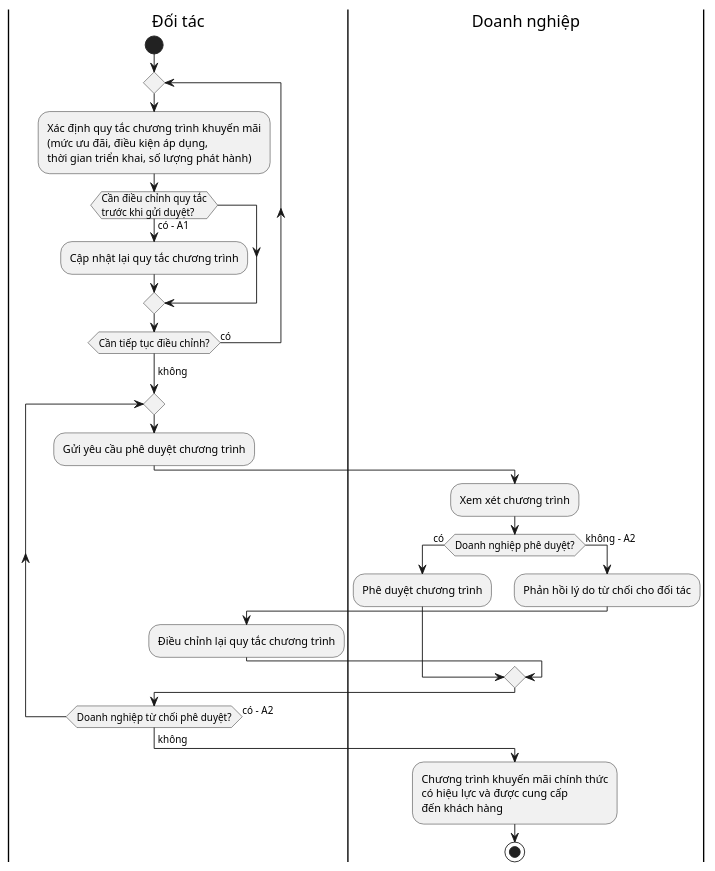
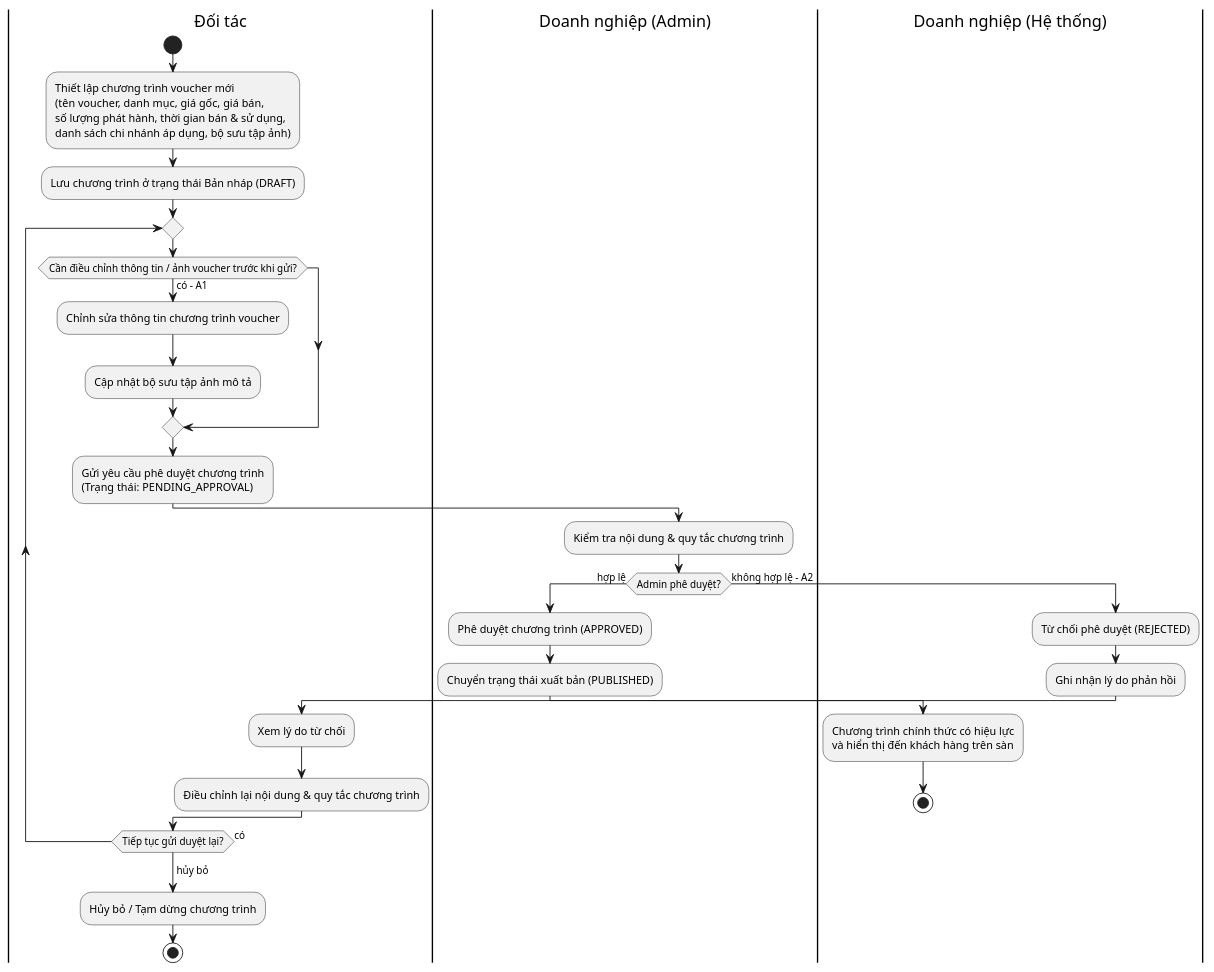
The diagram in doc/activity/doitac/BUC02_trien_khai_chuong_trinh_voucher.wsd (Ngo-The-Dat/e-voucher-system), drawn with PlantUML before and after one commit. The commit also changed 4 other files, not shown here.

Commit message:
feat: update use case diagrams for partner management and voucher system, enhancing detail and clarity

```diff
--- a/doc/activity/doitac/BUC02_trien_khai_chuong_trinh_voucher.wsd
+++ b/doc/activity/doitac/BUC02_trien_khai_chuong_trinh_voucher.wsd
@@ -1,39 +1,44 @@
 @startuml
 |Đối tác|
 start
 
-repeat
-  :Xác định quy tắc chương trình khuyến mãi
-  (mức ưu đãi, điều kiện áp dụng,
-  thời gian triển khai, số lượng phát hành);
+:Thiết lập chương trình voucher mới
+(tên voucher, danh mục, giá gốc, giá bán,
+số lượng phát hành, thời gian bán & sử dụng,
+danh sách chi nhánh áp dụng, bộ sưu tập ảnh);
 
-  if (Cần điều chỉnh quy tắc\ntrước khi gửi duyệt?) then (có - A1)
-    :Cập nhật lại quy tắc chương trình;
-  endif
-repeat while (Cần tiếp tục điều chỉnh?) is (có)
-->không;
+:Lưu chương trình ở trạng thái Bản nháp (DRAFT);
 
 repeat
-  |Đối tác|
-  :Gửi yêu cầu phê duyệt chương trình;
+  if (Cần điều chỉnh thông tin / ảnh voucher trước khi gửi?) then (có - A1)
+    :Chỉnh sửa thông tin chương trình voucher;
+    :Cập nhật bộ sưu tập ảnh mô tả;
+  endif
 
-  |Doanh nghiệp|
-  :Xem xét chương trình;
+  :Gửi yêu cầu phê duyệt chương trình
+  (Trạng thái: PENDING_APPROVAL);
 
-  if (Doanh nghiệp phê duyệt?) then (có)
-    :Phê duyệt chương trình;
-  else (không - A2)
-    :Phản hồi lý do từ chối cho đối tác;
+  |Doanh nghiệp (Admin)|
+  :Kiểm tra nội dung & quy tắc chương trình;
 
+  if (Admin phê duyệt?) then (hợp lệ)
+    :Phê duyệt chương trình (APPROVED);
+    :Chuyển trạng thái xuất bản (PUBLISHED);
+    |Doanh nghiệp (Hệ thống)|
+    :Chương trình chính thức có hiệu lực
+    và hiển thị đến khách hàng trên sàn;
+    stop
+  else (không hợp lệ - A2)
+    :Từ chối phê duyệt (REJECTED);
+    :Ghi nhận lý do phản hồi;
     |Đối tác|
-    :Điều chỉnh lại quy tắc chương trình;
+    :Xem lý do từ chối;
+    :Điều chỉnh lại nội dung & quy tắc chương trình;
   endif
-repeat while (Doanh nghiệp từ chối phê duyệt?) is (có - A2)
-->không;
+repeat while (Tiếp tục gửi duyệt lại?) is (có)
+->hủy bỏ;
 
-|Doanh nghiệp|
-:Chương trình khuyến mãi chính thức
-có hiệu lực và được cung cấp
-đến khách hàng;
+|Đối tác|
+:Hủy bỏ / Tạm dừng chương trình;
 stop
 @enduml
```
